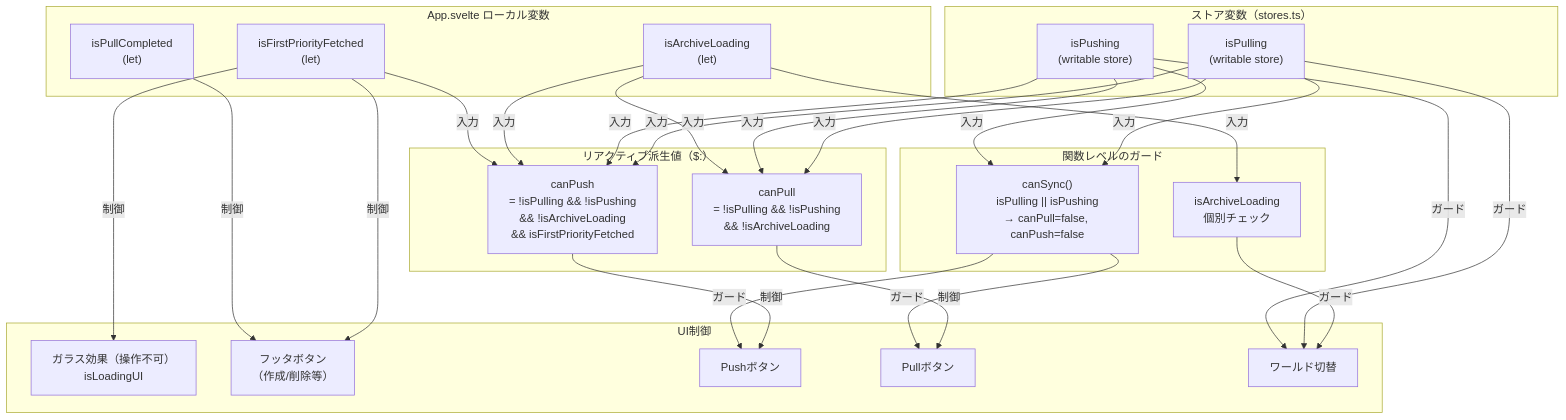
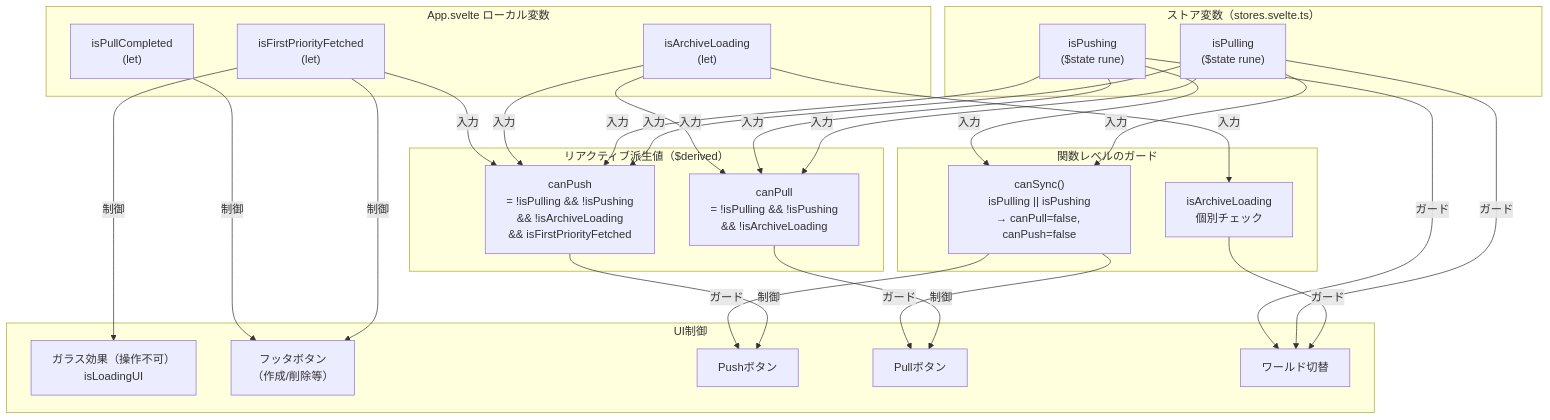
One commit to kako-jun/agasteer changed the sixth of 6 diagrams in docs/development/sync/push-pull.md. Above: the diagram before and after it, drawn with Mermaid. The commit also changed other lines of this file and 5 other files, not shown here.

Commit message:
docs: writable() → $state() rune 移行に伴うドキュメント更新

````diff
--- a/docs/development/sync/push-pull.md
+++ b/docs/development/sync/push-pull.md
@@ -809,54 +809,54 @@
 ```mermaid
 flowchart TB
-    subgraph "ストア変数（stores.ts）"
-        isPulling["isPulling<br/>(writable store)"]
-        isPushing["isPushing<br/>(writable store)"]
+    subgraph "ストア変数（stores.svelte.ts）"
+        isPulling["isPulling<br/>($state rune)"]
+        isPushing["isPushing<br/>($state rune)"]
     end
 
     subgraph "App.svelte ローカル変数"
         isArchiveLoading["isArchiveLoading<br/>(let)"]
         isFirstPriorityFetched["isFirstPriorityFetched<br/>(let)"]
         isPullCompleted["isPullCompleted<br/>(let)"]
     end
 
-    subgraph "リアクティブ派生値（$:）"
+    subgraph "リアクティブ派生値（$derived）"
         canPull["canPull<br/>= !isPulling && !isPushing<br/>&& !isArchiveLoading"]
         canPush["canPush<br/>= !isPulling && !isPushing<br/>&& !isArchiveLoading<br/>&& isFirstPriorityFetched"]
     end
 
     subgraph "UI制御"
         glassFX["ガラス効果（操作不可）<br/>isLoadingUI"]
         footerBtns["フッタボタン<br/>（作成/削除等）"]
         pushBtn["Pushボタン"]
         pullBtn["Pullボタン"]
         worldSW["ワールド切替"]
     end
 
     subgraph "関数レベルのガード"
         canSyncFn["canSync()<br/>isPulling || isPushing<br/>→ canPull=false, canPush=false"]
         archiveGuard["isArchiveLoading<br/>個別チェック"]
     end
 
     isPulling -->|入力| canPull
     isPulling -->|入力| canPush
     isPulling -->|入力| canSyncFn
     isPushing -->|入力| canPull
     isPushing -->|入力| canPush
     isPushing -->|入力| canSyncFn
     isArchiveLoading -->|入力| canPull
     isArchiveLoading -->|入力| canPush
     isArchiveLoading -->|入力| archiveGuard
     isFirstPriorityFetched -->|入力| canPush
     isFirstPriorityFetched -->|制御| glassFX
     isFirstPriorityFetched -->|制御| footerBtns
     isPullCompleted -->|制御| footerBtns
 
     canPull -->|制御| pullBtn
     canPush -->|制御| pushBtn
     canSyncFn -->|ガード| pullBtn
     canSyncFn -->|ガード| pushBtn
     archiveGuard -->|ガード| worldSW
 
     isPulling -->|ガード| worldSW
     isPushing -->|ガード| worldSW
 ```
````
